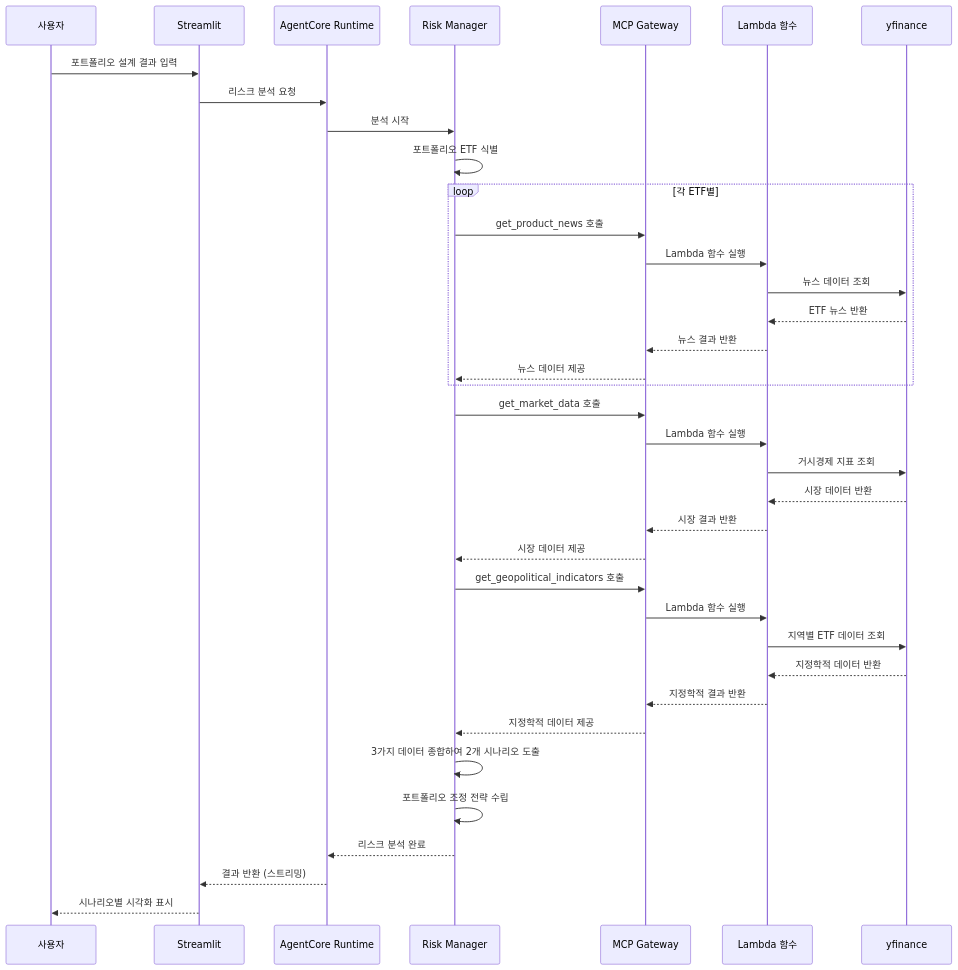
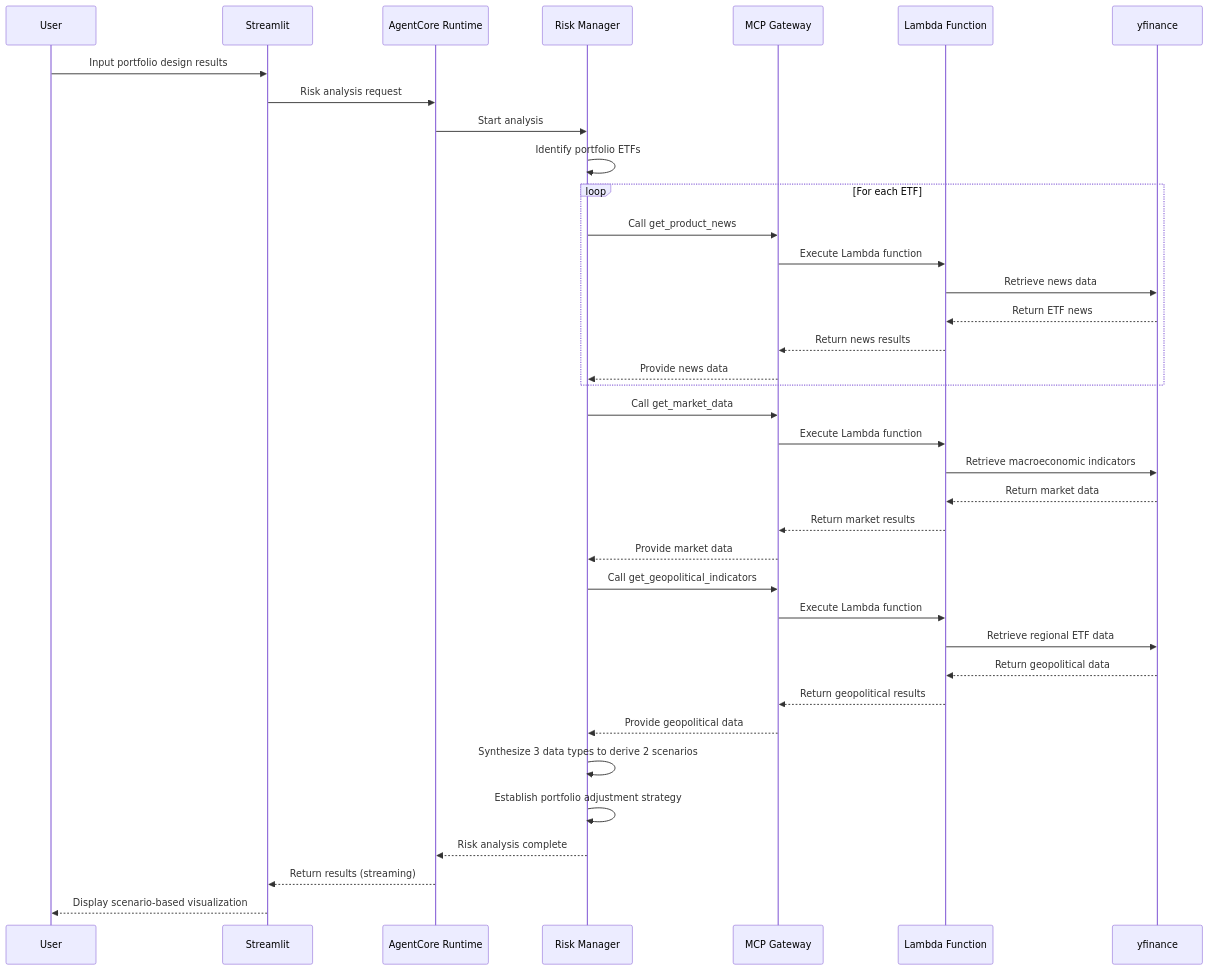
One commit to ksgsslee/agentic_ai_fund_manager changed the diagram in risk_manager/README.md. Above: the diagram before and after it, drawn with Mermaid. The commit also changed other lines of this file and 11 other files, not shown here.

````diff
--- a/risk_manager/README.md
+++ b/risk_manager/README.md
@@ -33,44 +33,44 @@
 ```mermaid
 sequenceDiagram
-    participant U as 사용자
+    participant U as User
     participant S as Streamlit
     participant R as AgentCore Runtime
     participant A as Risk Manager
     participant G as MCP Gateway
-    participant L as Lambda 함수
+    participant L as Lambda Function
     participant Y as yfinance
     
-    U->>S: 포트폴리오 설계 결과 입력
-    S->>R: 리스크 분석 요청
-    R->>A: 분석 시작
-    A->>A: 포트폴리오 ETF 식별
+    U->>S: Input portfolio design results
+    S->>R: Risk analysis request
+    R->>A: Start analysis
+    A->>A: Identify portfolio ETFs
     
-    loop 각 ETF별
-        A->>G: get_product_news 호출
-        G->>L: Lambda 함수 실행
-        L->>Y: 뉴스 데이터 조회
-        Y-->>L: ETF 뉴스 반환
-        L-->>G: 뉴스 결과 반환
-        G-->>A: 뉴스 데이터 제공
+    loop For each ETF
+        A->>G: Call get_product_news
+        G->>L: Execute Lambda function
+        L->>Y: Retrieve news data
+        Y-->>L: Return ETF news
+        L-->>G: Return news results
+        G-->>A: Provide news data
     end
     
-    A->>G: get_market_data 호출
-    G->>L: Lambda 함수 실행
-    L->>Y: 거시경제 지표 조회
-    Y-->>L: 시장 데이터 반환
-    L-->>G: 시장 결과 반환
-    G-->>A: 시장 데이터 제공
+    A->>G: Call get_market_data
+    G->>L: Execute Lambda function
+    L->>Y: Retrieve macroeconomic indicators
+    Y-->>L: Return market data
+    L-->>G: Return market results
+    G-->>A: Provide market data
     
-    A->>G: get_geopolitical_indicators 호출
-    G->>L: Lambda 함수 실행
-    L->>Y: 지역별 ETF 데이터 조회
-    Y-->>L: 지정학적 데이터 반환
-    L-->>G: 지정학적 결과 반환
-    G-->>A: 지정학적 데이터 제공
+    A->>G: Call get_geopolitical_indicators
+    G->>L: Execute Lambda function
+    L->>Y: Retrieve regional ETF data
+    Y-->>L: Return geopolitical data
+    L-->>G: Return geopolitical results
+    G-->>A: Provide geopolitical data
     
-    A->>A: 3가지 데이터 종합하여 2개 시나리오 도출
-    A->>A: 포트폴리오 조정 전략 수립
-    A-->>R: 리스크 분석 완료
-    R-->>S: 결과 반환 (스트리밍)
-    S-->>U: 시나리오별 시각화 표시
+    A->>A: Synthesize 3 data types to derive 2 scenarios
+    A->>A: Establish portfolio adjustment strategy
+    A-->>R: Risk analysis complete
+    R-->>S: Return results (streaming)
+    S-->>U: Display scenario-based visualization
 ```
````
